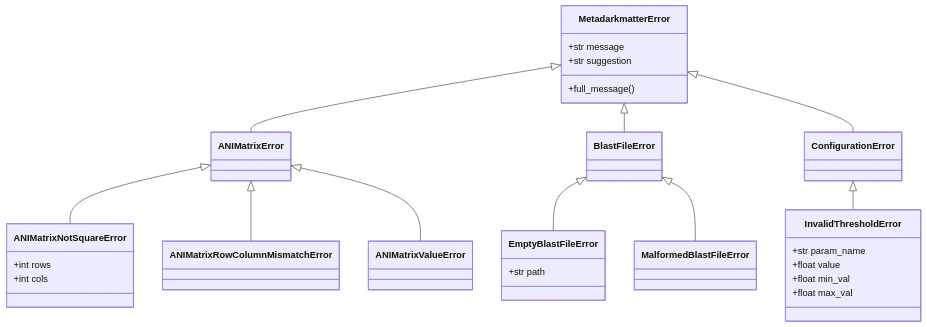
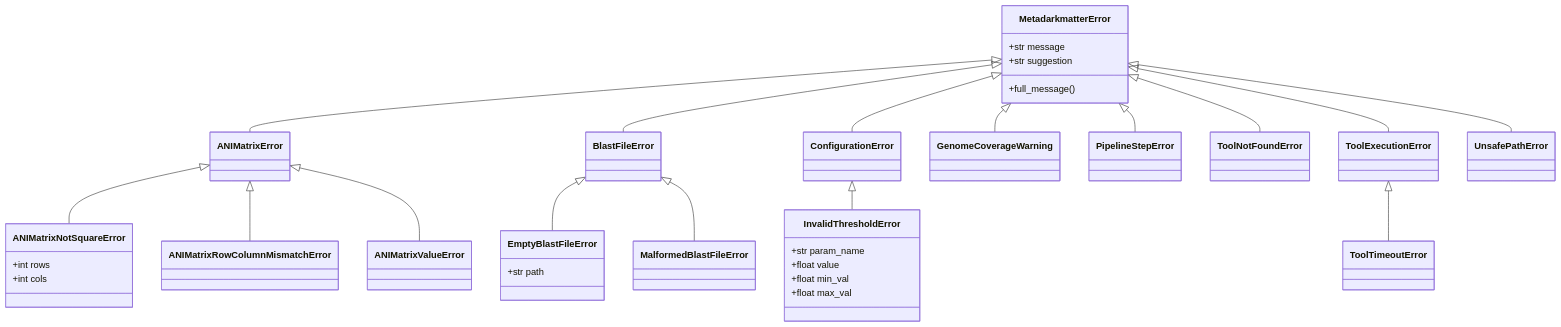
The seventh of 20 diagrams in docs/ARCHITECTURE.md (FOI-Bioinformatics/metadarkmatter), drawn with Mermaid before and after one commit. The commit also changed other lines of this file and 3 other files, not shown here.

````diff
--- a/docs/ARCHITECTURE.md
+++ b/docs/ARCHITECTURE.md
@@ -236,37 +255,43 @@
 ```mermaid
 classDiagram
     MetadarkmatterError <|-- ANIMatrixError
     MetadarkmatterError <|-- BlastFileError
     MetadarkmatterError <|-- ConfigurationError
+    MetadarkmatterError <|-- GenomeCoverageWarning
+    MetadarkmatterError <|-- PipelineStepError
+    MetadarkmatterError <|-- ToolNotFoundError
+    MetadarkmatterError <|-- ToolExecutionError
+    MetadarkmatterError <|-- UnsafePathError
+    ToolExecutionError <|-- ToolTimeoutError
 
     ANIMatrixError <|-- ANIMatrixNotSquareError
     ANIMatrixError <|-- ANIMatrixRowColumnMismatchError
     ANIMatrixError <|-- ANIMatrixValueError
 
     BlastFileError <|-- EmptyBlastFileError
     BlastFileError <|-- MalformedBlastFileError
 
     ConfigurationError <|-- InvalidThresholdError
 
     class MetadarkmatterError {
         +str message
         +str suggestion
         +full_message()
     }
 
     class ANIMatrixNotSquareError {
         +int rows
         +int cols
     }
 
     class EmptyBlastFileError {
         +str path
     }
 
     class InvalidThresholdError {
         +str param_name
         +float value
         +float min_val
         +float max_val
     }
 ```
````
